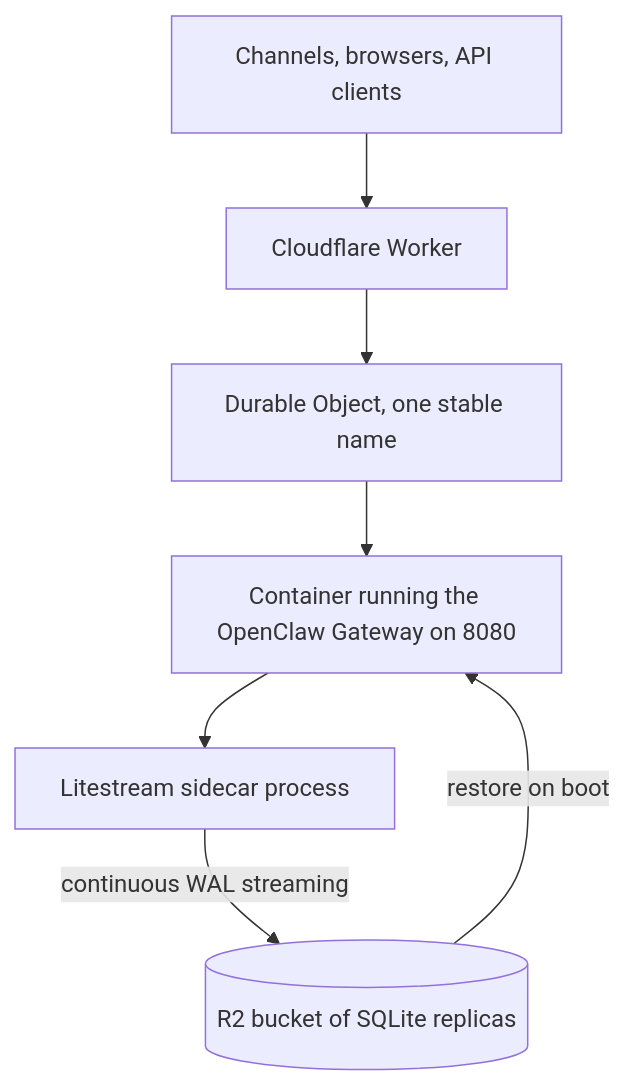
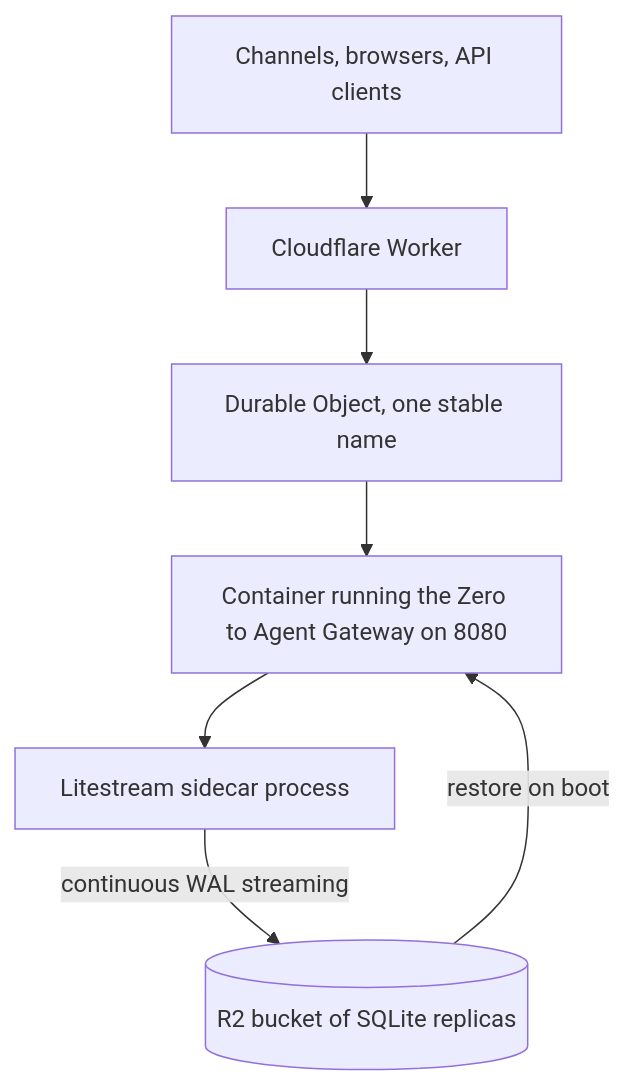
One commit to celaya-solutions/CSR-AGENT changed the diagram in docs/install/cloudflare.md. Above: the diagram before and after it, drawn with Mermaid. The commit also changed other lines of this file and 3128 other files, not shown here.

````diff
--- a/docs/install/cloudflare.md
+++ b/docs/install/cloudflare.md
@@ -31,16 +31,16 @@
 ```mermaid
 flowchart TD
     client[Channels, browsers, API clients]
     worker[Cloudflare Worker]
     durable[Durable Object, one stable name]
-    container[Container running the OpenClaw Gateway on 8080]
+    container[Container running the Zero to Agent Gateway on 8080]
     litestream[Litestream sidecar process]
     r2[(R2 bucket of SQLite replicas)]
 
     client --> worker
     worker --> durable
     durable --> container
     container --> litestream
     litestream -- continuous WAL streaming --> r2
     r2 -- restore on boot --> container
 ```
````
